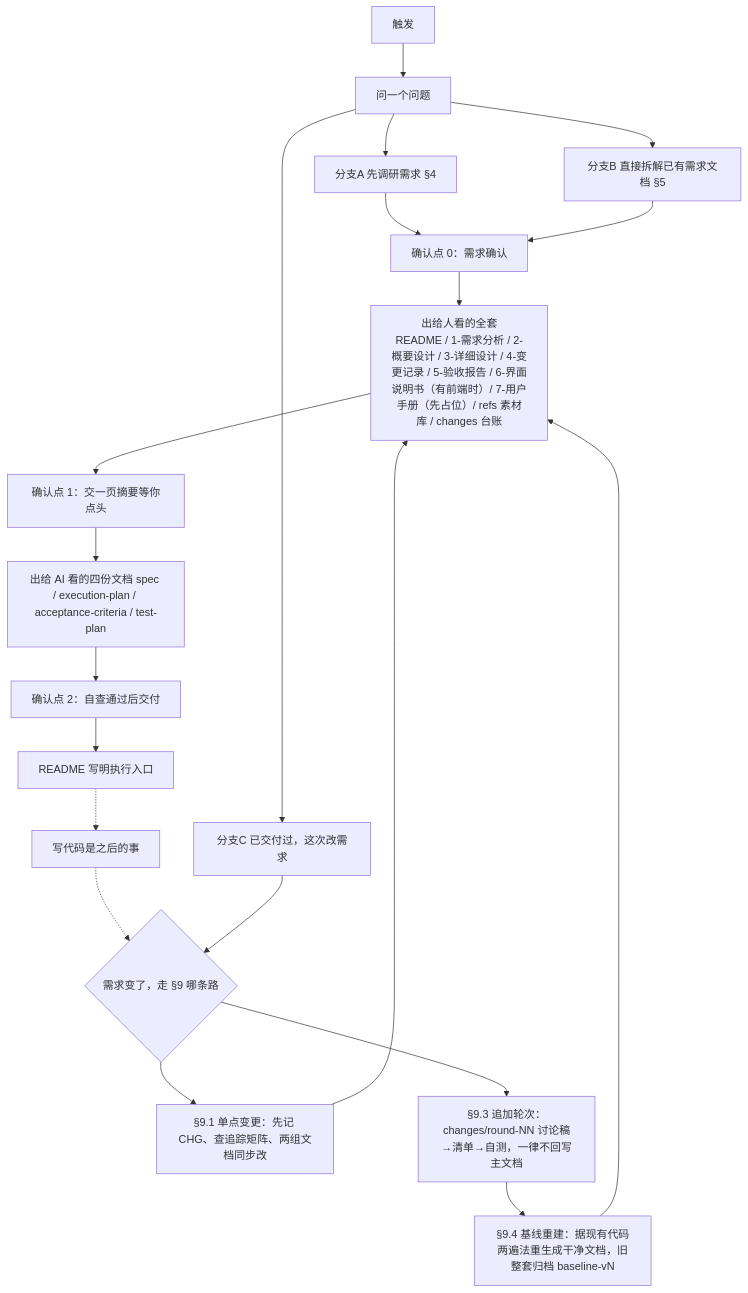
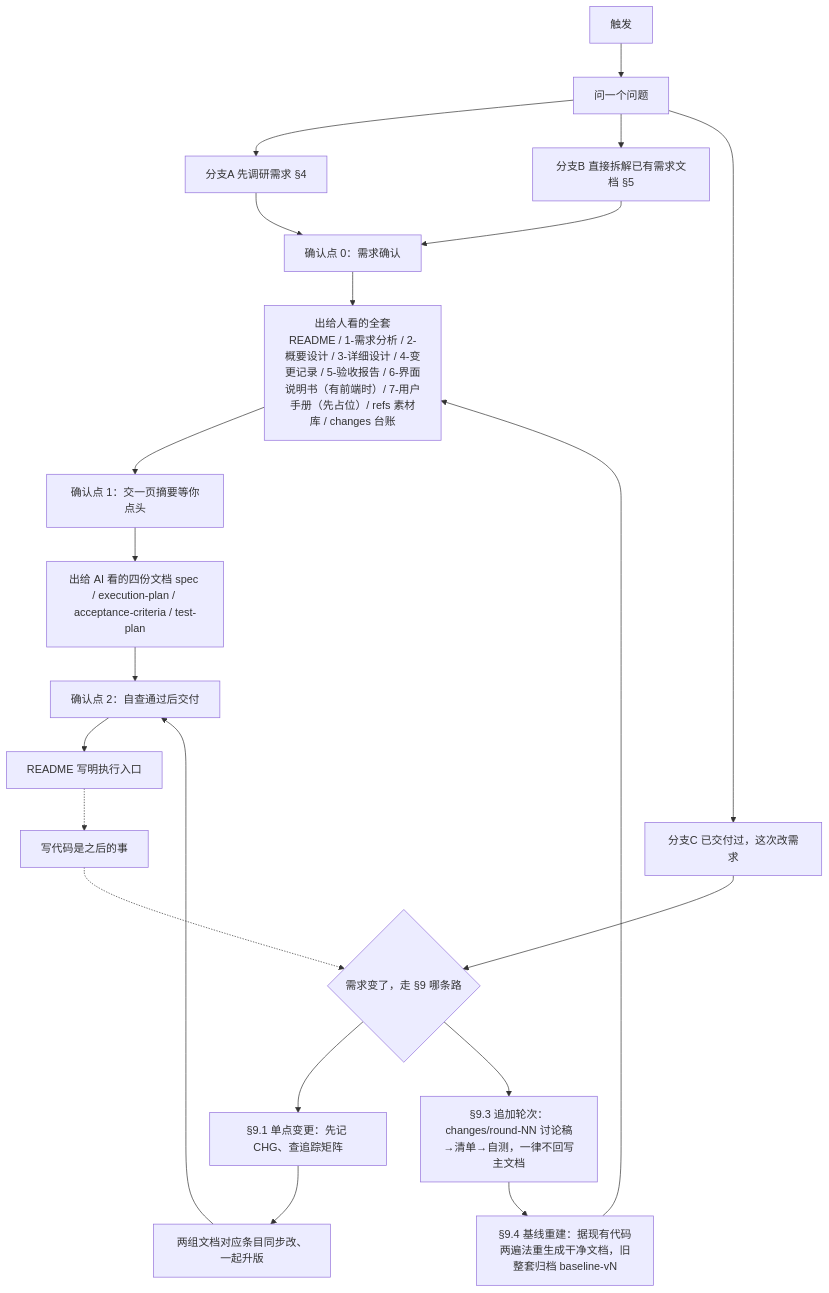
Before and after one commit to ankygithub/anky_ai_skill: the diagram in spec-forge-fullstack/SKILL.md, drawn with Mermaid. The commit also changed other lines of this file and 4 other files, not shown here.

````diff
--- a/spec-forge-fullstack/SKILL.md
+++ b/spec-forge-fullstack/SKILL.md
@@ -21,22 +21,23 @@
 ```mermaid
 flowchart TD
     触发 --> 问一个问题
     问一个问题 --> 分支A[分支A 先调研需求 §4]
     问一个问题 --> 分支B[分支B 直接拆解已有需求文档 §5]
     问一个问题 --> 分支C[分支C 已交付过，这次改需求]
     分支A --> CP0[确认点 0：需求确认]
     分支B --> CP0
     CP0 --> 文档1["出给人看的全套<br/>README / 1-需求分析 / 2-概要设计 / 3-详细设计 / 4-变更记录 / 5-验收报告 / 6-界面说明书（有前端时）/ 7-用户手册（先占位）/ refs 素材库 / changes 台账"]
     文档1 --> CP1[确认点 1：交一页摘要等你点头]
     CP1 --> 文档2[出给 AI 看的四份文档 spec / execution-plan / acceptance-criteria / test-plan]
     文档2 --> CP2[确认点 2：自查通过后交付]
     CP2 --> 交付[README 写明执行入口]
     交付 -.-> 编码[写代码是之后的事]
     编码 -.-> 变更{需求变了，走 §9 哪条路}
     分支C --> 变更
-    变更 --> 单点[§9.1 单点变更：先记 CHG、查追踪矩阵、两组文档同步改]
+    变更 --> 单点[§9.1 单点变更：先记 CHG、查追踪矩阵]
     变更 --> 轮次[§9.3 追加轮次：changes/round-NN 讨论稿→清单→自测，一律不回写主文档]
+    单点 --> 同步[两组文档对应条目同步改、一起升版]
+    同步 --> CP2
     轮次 --> 重建[§9.4 基线重建：据现有代码两遍法重生成干净文档，旧整套归档 baseline-vN]
-    单点 --> 文档1
     重建 --> 文档1
 ```
````
